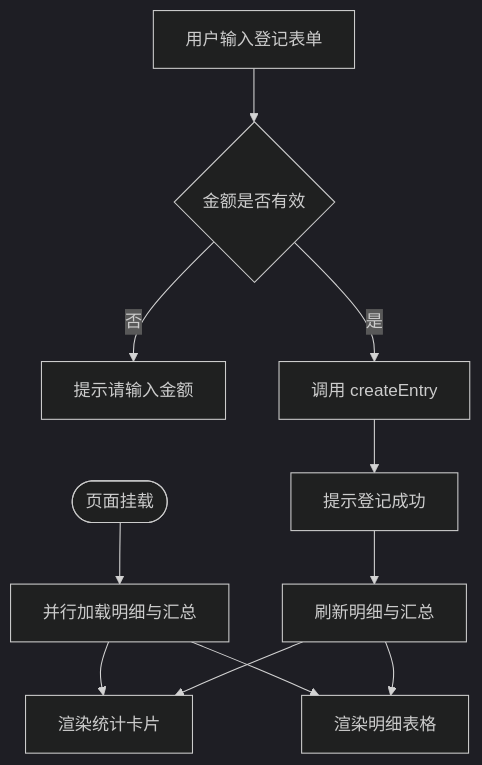
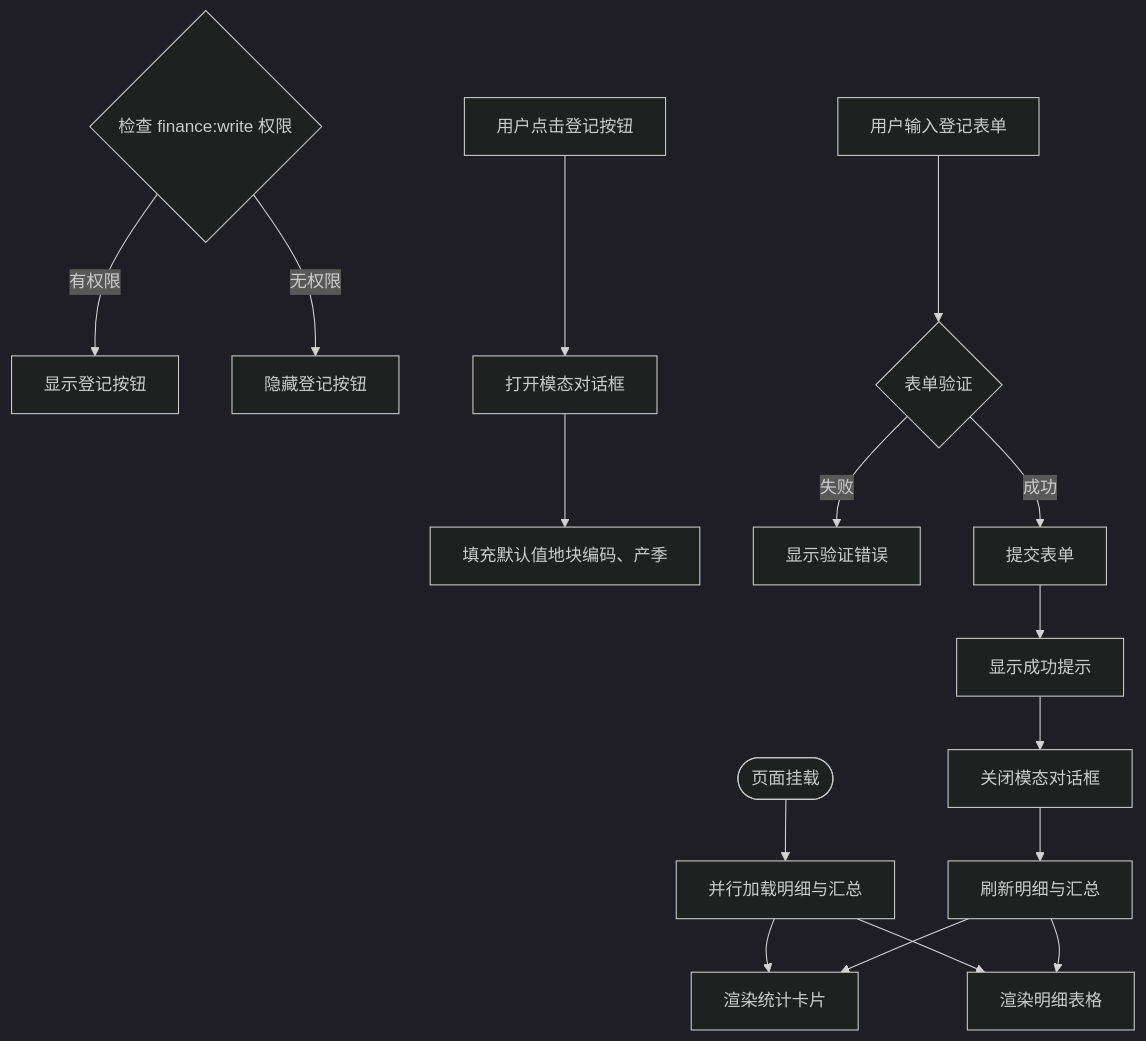
The third of 6 diagrams in .qoder/repowiki/zh/content/前端应用文档/核心页面/财务报表页面.md (q446328246/agri-platform), drawn with Mermaid (dark theme) before and after one commit. The commit also changed other lines of this file and 37 other files, not shown here.

````diff
--- a/.qoder/repowiki/zh/content/前端应用文档/核心页面/财务报表页面.md
+++ b/.qoder/repowiki/zh/content/前端应用文档/核心页面/财务报表页面.md
@@ -140,13 +170,19 @@
 ```mermaid
 flowchart TD
 Start(["页面挂载"]) --> Load["并行加载明细与汇总"]
 Load --> ShowCards["渲染统计卡片"]
 Load --> ShowTable["渲染明细表格"]
-UserInput["用户输入登记表单"] --> Validate{"金额是否有效"}
-Validate --> |否| Warn["提示请输入金额"]
-Validate --> |是| Submit["调用 createEntry"]
-Submit --> Success["提示登记成功"]
-Success --> Reload["刷新明细与汇总"]
+CheckPerm{"检查 finance:write 权限"}
+CheckPerm --> |有权限| ShowBtn["显示登记按钮"]
+CheckPerm --> |无权限| HideBtn["隐藏登记按钮"]
+UserClick["用户点击登记按钮"] --> OpenModal["打开模态对话框"]
+OpenModal --> FillForm["填充默认值地块编码、产季"]
+UserInput["用户输入登记表单"] --> Validate{"表单验证"}
+Validate --> |失败| Warn["显示验证错误"]
+Validate --> |成功| Submit["提交表单"]
+Submit --> Success["显示成功提示"]
+Success --> CloseModal["关闭模态对话框"]
+CloseModal --> Reload["刷新明细与汇总"]
 Reload --> ShowCards
 Reload --> ShowTable
 ```
````
